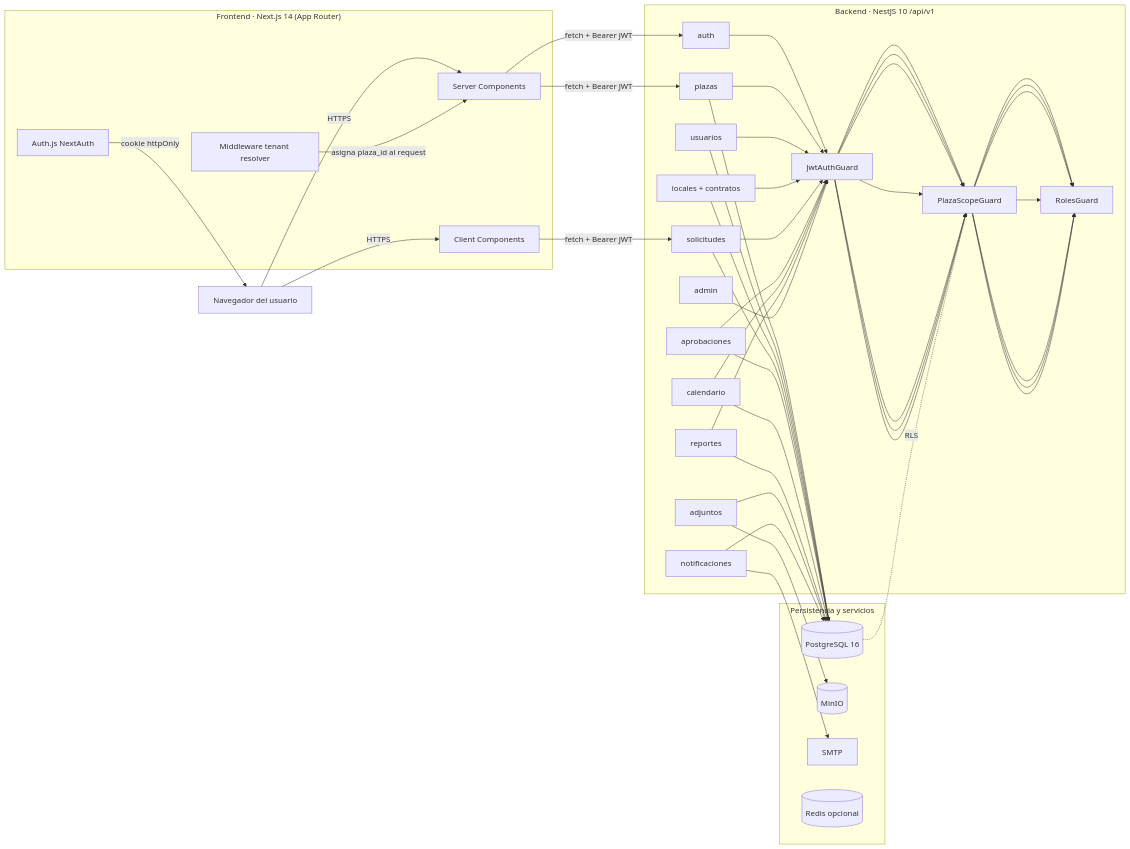
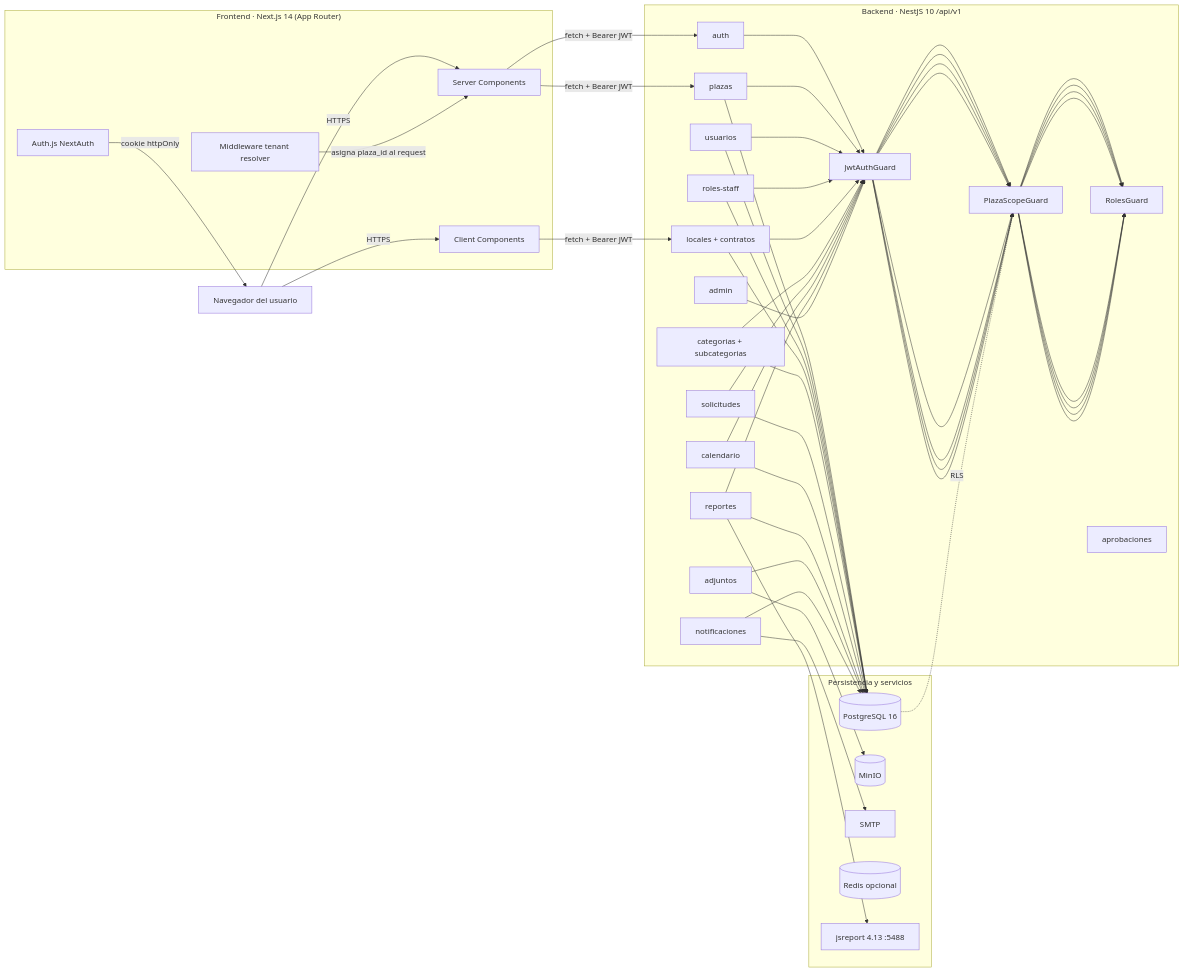
Before and after one commit to Rey9530/sys-solicitudes: the diagram in docs/07-arquitectura.md, drawn with Mermaid. The commit also changed other lines of this file and 22 other files, not shown here.

````diff
--- a/docs/07-arquitectura.md
+++ b/docs/07-arquitectura.md
@@ -11,60 +11,65 @@
 ```mermaid
 flowchart LR
     Browser[Navegador del usuario]
 
     subgraph Frontend["Frontend · Next.js 14 (App Router)"]
         SC[Server Components]
         CC[Client Components]
         AuthFE[Auth.js NextAuth]
         MID[Middleware tenant resolver]
     end
 
     subgraph Backend["Backend · NestJS 10 /api/v1"]
         G1[JwtAuthGuard]
         G2[PlazaScopeGuard]
         G3[RolesGuard]
         M1[auth]
         M2[plazas]
         M3[usuarios]
-        M4[locales + contratos]
-        M5[solicitudes]
-        M6[aprobaciones]
-        M7[notificaciones]
-        M8[calendario]
-        M9[adjuntos]
-        M10[reportes]
-        M11[admin]
+        M4[roles-staff]
+        M5[locales + contratos]
+        M6[categorias + subcategorias]
+        M7[solicitudes]
+        M8[aprobaciones]
+        M9[notificaciones]
+        M10[calendario]
+        M11[adjuntos]
+        M12[reportes]
+        M13[admin]
     end
 
     subgraph Persist["Persistencia y servicios"]
         PG[(PostgreSQL 16)]
         MinIO[(MinIO)]
         SMTP[SMTP]
         Cache[(Redis opcional)]
+        JSR[jsreport 4.13 :5488]
     end
 
     Browser -- HTTPS --> SC
     Browser -- HTTPS --> CC
     SC -- fetch + Bearer JWT --> M1
     SC -- fetch + Bearer JWT --> M2
     CC -- fetch + Bearer JWT --> M5
     MID -- asigna plaza_id al request --> SC
     AuthFE -- cookie httpOnly --> Browser
 
     M1 --> G1
     M2 --> G1 --> G2 --> G3
     M3 --> G1 --> G2 --> G3
     M4 --> G1 --> G2 --> G3
     M5 --> G1 --> G2 --> G3
     M6 --> G1 --> G2 --> G3
-    M7 --> SMTP
-    M8 --> G1 --> G2 --> G3
-    M9 --> MinIO
+    M7 --> G1 --> G2 --> G3
+    M9 --> SMTP
     M10 --> G1 --> G2 --> G3
-    M11 --> G1
+    M11 --> MinIO
+    M12 --> G1 --> G2 --> G3
+    M13 --> G1
 
-    M2 & M3 & M4 & M5 & M6 & M8 & M10 --> PG
+    M2 & M3 & M4 & M5 & M6 & M7 & M10 & M12 --> PG
+    M11 --> PG
     M9 --> PG
-    M7 --> PG
+    M12 --> JSR
     PG -. RLS .-> G2
 ```
````
